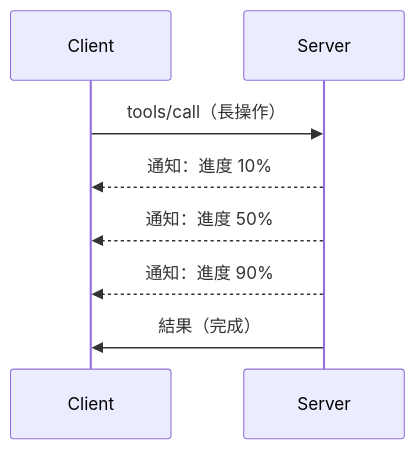
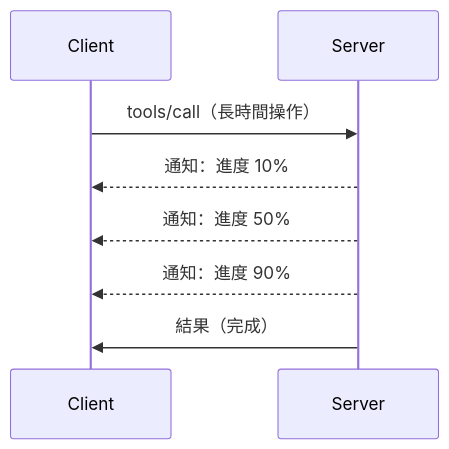
One commit to HIDORAKAI002/ai-workspace-archive changed the diagram in mcp_ecosystem__model_context_protocol/mcp_learning_resources/mcp-for-beginners/translations/zh-HK/05-AdvancedTopics/mcp-protocol-features/README.md. Above: the diagram before and after it, drawn with Mermaid. The commit also changed other lines of this file and 1046 other files, not shown here.

````diff
--- a/mcp_ecosystem__model_context_protocol/mcp_learning_resources/mcp-for-beginners/translations/zh-HK/05-AdvancedTopics/mcp-protocol-features/README.md
+++ b/mcp_ecosystem__model_context_protocol/mcp_learning_resources/mcp-for-beginners/translations/zh-HK/05-AdvancedTopics/mcp-protocol-features/README.md
@@ -22,11 +24,11 @@
 ```mermaid
 sequenceDiagram
     participant Client
     participant Server
     
-    Client->>Server: tools/call（長操作）
+    Client->>Server: tools/call（長時間操作）
     Server-->>Client: 通知：進度 10%
     Server-->>Client: 通知：進度 50%
     Server-->>Client: 通知：進度 90%
     Server->>Client: 結果（完成）
 ```
````
